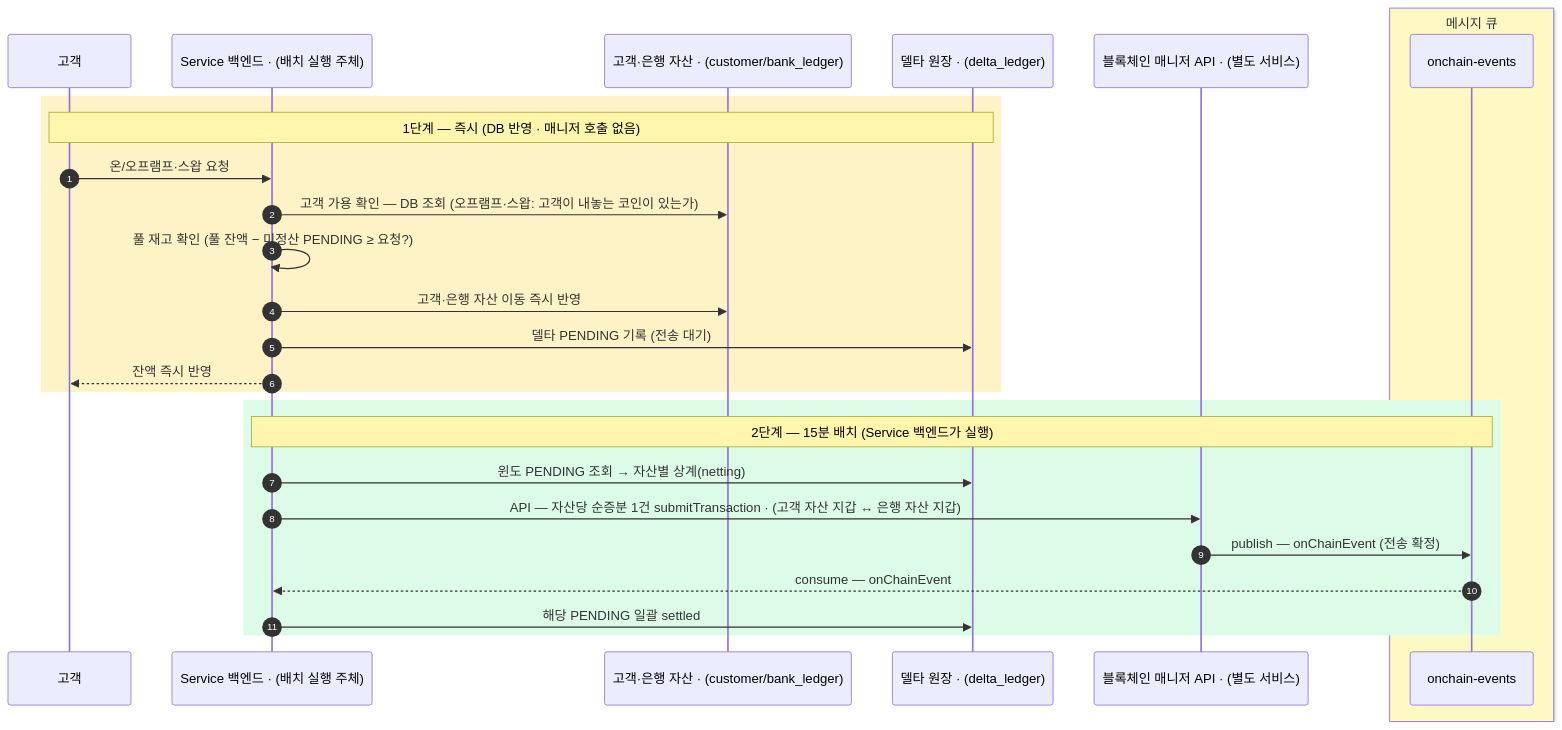
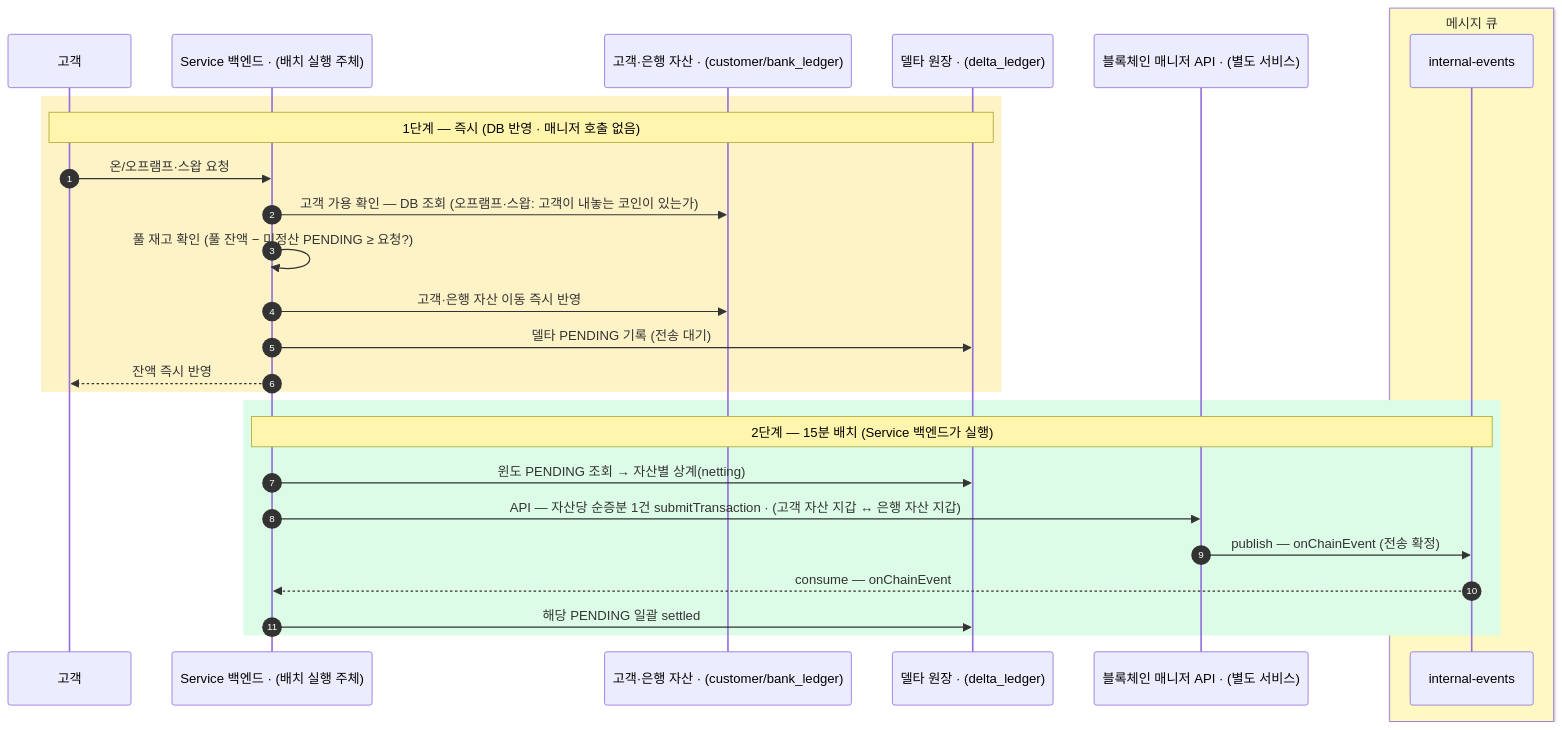
One commit to eunsujeo/eunpus changed the first of 2 diagrams in blockchain-manager/docs/블록체인매니저/설계/10-ramp-swap.md. Above: the diagram before and after it, drawn with Mermaid. The commit also changed 6 other files, not shown here.

````diff
--- a/blockchain-manager/docs/블록체인매니저/설계/10-ramp-swap.md
+++ b/blockchain-manager/docs/블록체인매니저/설계/10-ramp-swap.md
@@ -25,31 +25,31 @@
 ```mermaid
 sequenceDiagram
     autonumber
     participant Cust as 고객
     participant App as Service 백엔드 · (배치 실행 주체)
     participant DB as 고객·은행 자산 · (customer/bank_ledger)
     participant DL as 델타 원장 · (delta_ledger)
     participant BM as 블록체인 매니저 API · (별도 서비스)
     box rgb(254,249,195) 메시지 큐
-    participant MQ as onchain-events
+    participant MQ as internal-events
     end
 
     rect rgb(254,243,199)
     Note over Cust,DL: 1단계 — 즉시 (DB 반영 · 매니저 호출 없음)
     Cust->>App: 온/오프램프·스왑 요청
     App->>DB: 고객 가용 확인 — DB 조회 (오프램프·스왑: 고객이 내놓는 코인이 있는가)
     App->>App: 풀 재고 확인 (풀 잔액 − 미정산 PENDING ≥ 요청?)
     App->>DB: 고객·은행 자산 이동 즉시 반영
     App->>DL: 델타 PENDING 기록 (전송 대기)
     App-->>Cust: 잔액 즉시 반영
     end
 
     rect rgb(220,252,231)
     Note over App,MQ: 2단계 — 15분 배치 (Service 백엔드가 실행)
     App->>DL: 윈도 PENDING 조회 → 자산별 상계(netting)
     App->>BM: API — 자산당 순증분 1건 submitTransaction · (고객 자산 지갑 ↔ 은행 자산 지갑)
     BM->>MQ: publish — onChainEvent (전송 확정)
     MQ-->>App: consume — onChainEvent
     App->>DL: 해당 PENDING 일괄 settled
     end
 ```
````
